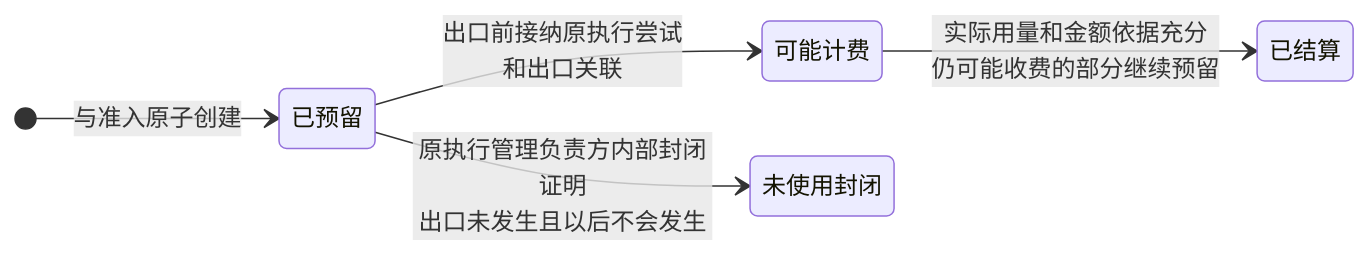
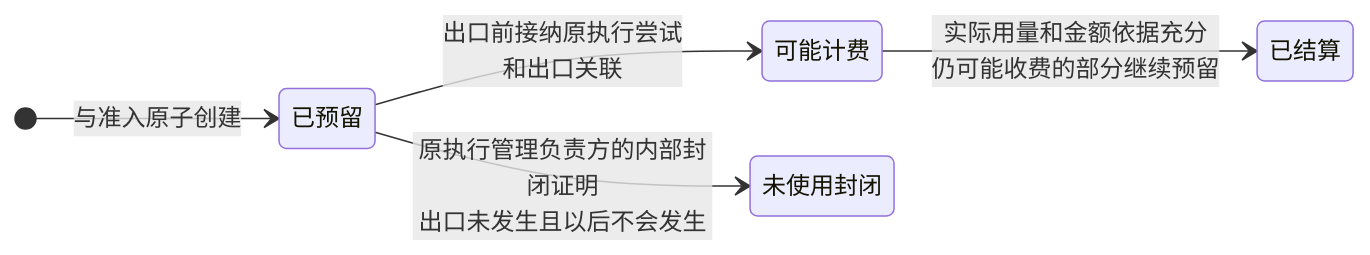
The diagram in docs/architecture/core/budget/README.md (ruipengliu/lerna), drawn with Mermaid before and after one commit. The commit also changed other lines of this file and 49 other files, not shown here.

````diff
--- a/docs/architecture/core/budget/README.md
+++ b/docs/architecture/core/budget/README.md
@@ -132,12 +133,12 @@
 ```mermaid
 stateDiagram-v2
     direction LR
     state "已预留" as Reserved
     state "可能计费" as Billable
     state "未使用封闭" as Unused
     state "已结算" as Settled
     [*] --> Reserved: 与准入原子创建
     Reserved --> Billable: 出口前接纳原执行尝试<br/>和出口关联
-    Reserved --> Unused: 原执行管理负责方内部封闭证明<br/>出口未发生且以后不会发生
+    Reserved --> Unused: 原执行管理负责方的内部封闭证明<br/>出口未发生且以后不会发生
     Billable --> Settled: 实际用量和金额依据充分<br/>仍可能收费的部分继续预留
 ```
````
